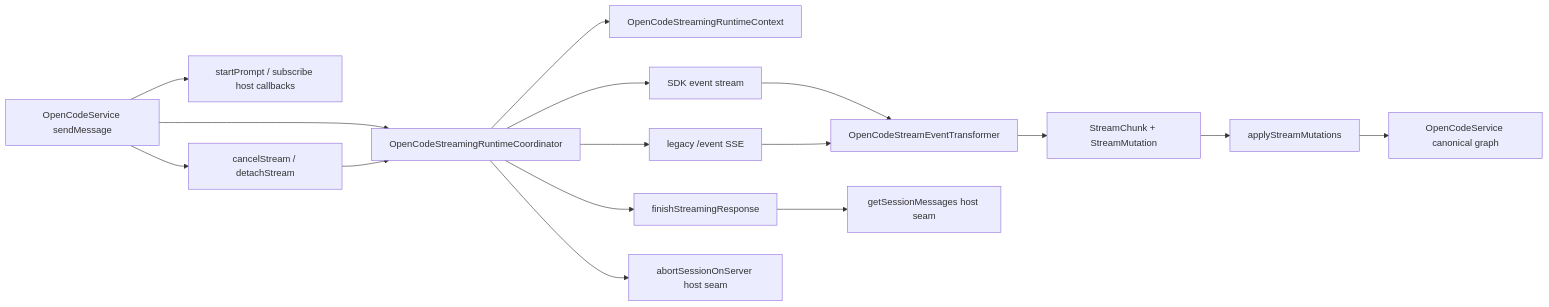
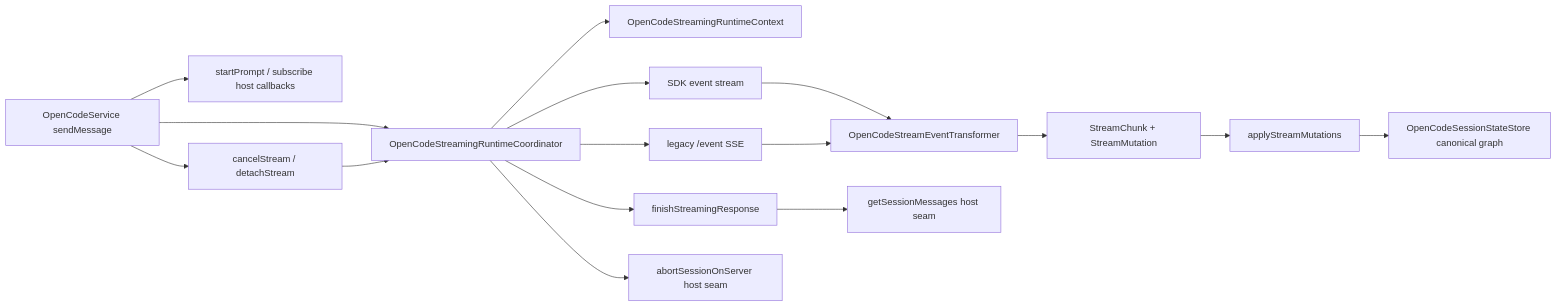
Before and after one commit to OCDcreator/opencodian: the diagram in docs/modules/core/opencode/OpenCodeStreamingRuntimeCoordinator.md, drawn with Mermaid. The commit also changed other lines of this file and 9 other files, not shown here.

````diff
--- a/docs/modules/core/opencode/OpenCodeStreamingRuntimeCoordinator.md
+++ b/docs/modules/core/opencode/OpenCodeStreamingRuntimeCoordinator.md
@@ -87,18 +87,18 @@
 ```mermaid
 graph LR
     A[OpenCodeService sendMessage] --> B[OpenCodeStreamingRuntimeCoordinator]
     A --> C[startPrompt / subscribe host callbacks]
     B --> D[OpenCodeStreamingRuntimeContext]
     B --> E[SDK event stream]
     B --> F[legacy /event SSE]
     E --> G[OpenCodeStreamEventTransformer]
     F --> G
     G --> H[StreamChunk + StreamMutation]
     H --> M[applyStreamMutations]
-    M --> N[OpenCodeService canonical graph]
+    M --> N[OpenCodeSessionStateStore canonical graph]
     B --> I[finishStreamingResponse]
     I --> J[getSessionMessages host seam]
     A --> K[cancelStream / detachStream]
     K --> B
     B --> L[abortSessionOnServer host seam]
 ```
````
